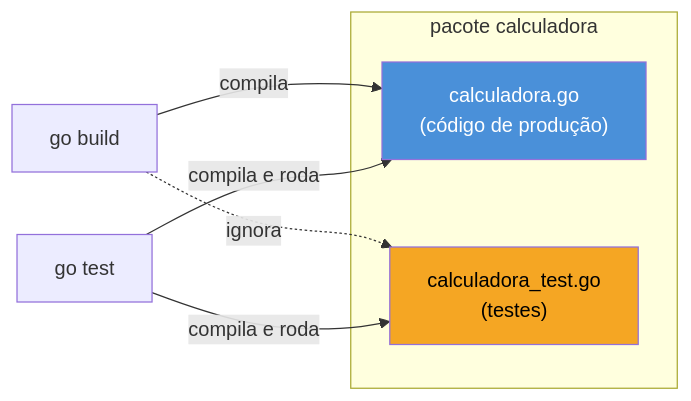
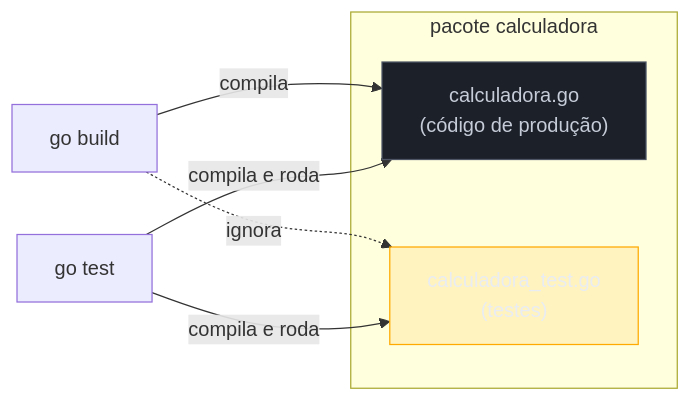
The first of 2 diagrams in 03-Dominios/Tecnologia/Go/15 - Testes/01 - go test e o primeiro teste.md (josenaldo/codex-technomanticus), drawn with Mermaid before and after one commit. The commit also changed other lines of this file and 1181 other files, not shown here.

First line of the commit message:
fix(diagramas): paleta do sistema no lugar de cor cravada no markdown

````diff
--- a/03-Dominios/Tecnologia/Go/15 - Testes/01 - go test e o primeiro teste.md
+++ b/03-Dominios/Tecnologia/Go/15 - Testes/01 - go test e o primeiro teste.md
@@ -38,15 +38,17 @@
 ```mermaid
 flowchart LR
+    classDef destaque fill:#FFAA0024,stroke:#FFAA00,color:#E9ECF2
+    classDef neutro fill:#1B2029,stroke:#4E5666,color:#C6CCD8
     subgraph Pacote["pacote calculadora"]
         A["calculadora.go\n(código de produção)"]
         B["calculadora_test.go\n(testes)"]
     end
 
     C["go build"] -->|"compila"| A
     C -.->|"ignora"| B
     D["go test"] -->|"compila e roda"| A
     D -->|"compila e roda"| B
 
-    style B fill:#F5A623,color:#000
-    style A fill:#4A90D9,color:#fff
+    class B destaque
+    class A neutro
 ```
````
